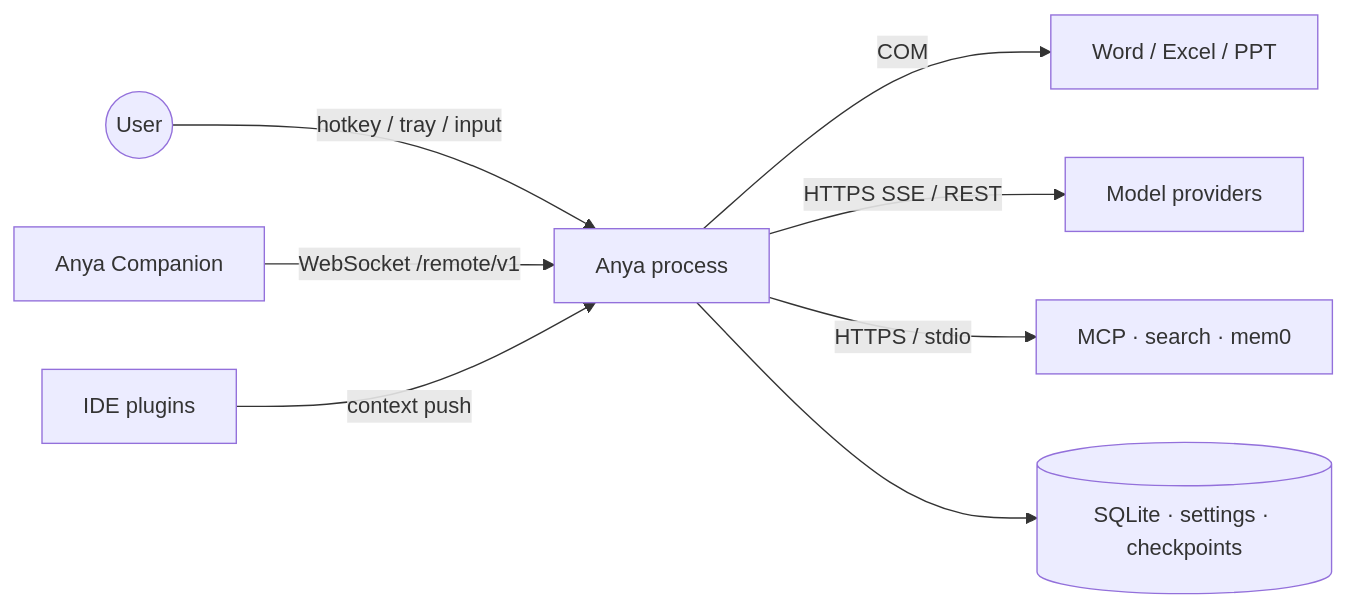
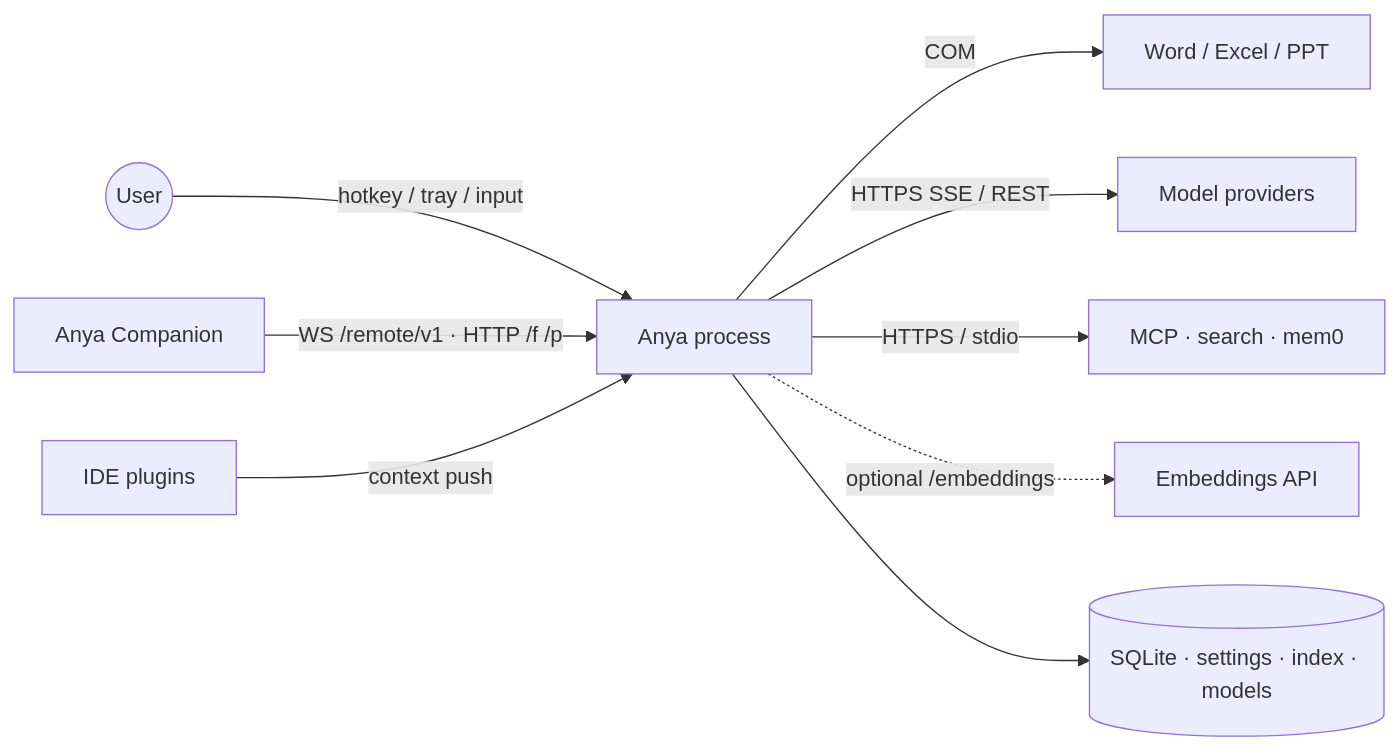
One commit to rururunu/Anya changed the first of 18 diagrams in docs/architecture-overview.md. Above: the diagram before and after it, drawn with Mermaid. The commit also changed other lines of this file and 86 other files, not shown here.

First line of the commit message:
feat: v0.2.10 RAG 语义检索、Companion HTTP 下载与工作台毛玻璃

````diff
--- a/docs/architecture-overview.md
+++ b/docs/architecture-overview.md
@@ -50,10 +50,11 @@
 ```mermaid
 flowchart LR
   User((User)) -->|hotkey / tray / input| Host[Anya process]
-  Phone[Anya Companion] -->|WebSocket /remote/v1| Host
+  Phone[Anya Companion] -->|WS /remote/v1 · HTTP /f /p| Host
   IDE[IDE plugins] -->|context push| Host
   Host -->|COM| Office[Word / Excel / PPT]
   Host -->|HTTPS SSE / REST| LLM[Model providers]
   Host -->|HTTPS / stdio| Aux[MCP · search · mem0]
-  Host --> Disk[(SQLite · settings · checkpoints)]
+  Host -.->|optional /embeddings| Emb[Embeddings API]
+  Host --> Disk[(SQLite · settings · index · models)]
 ```
````
